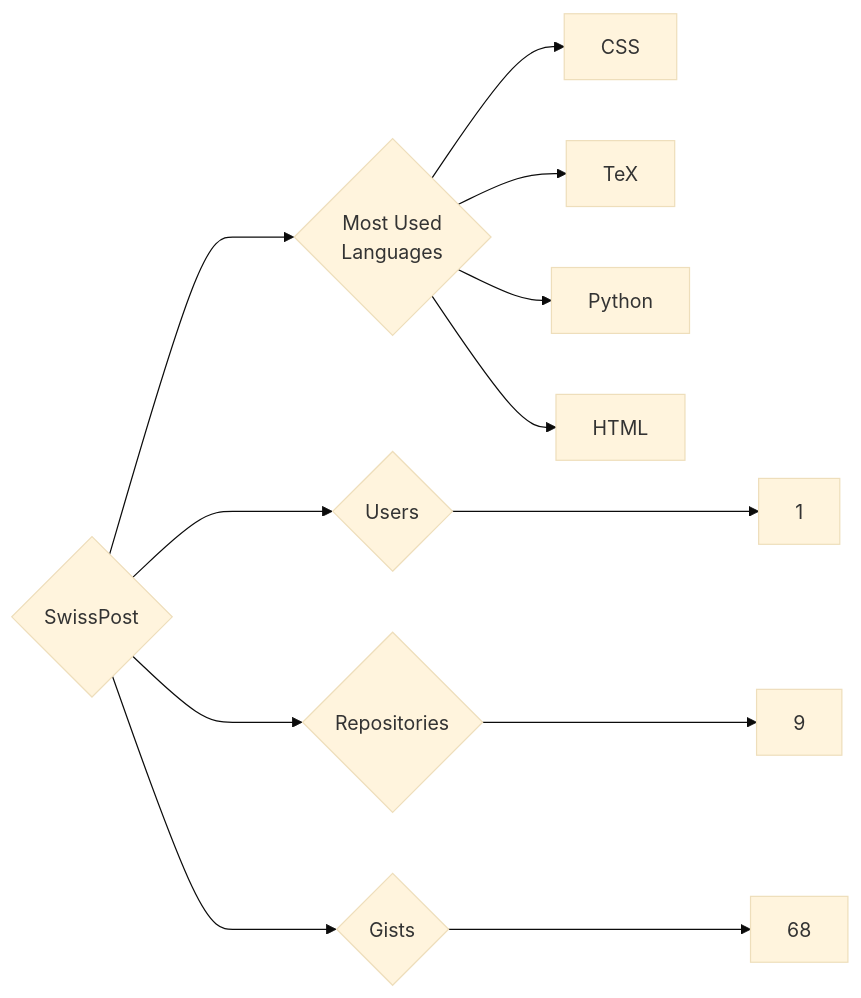
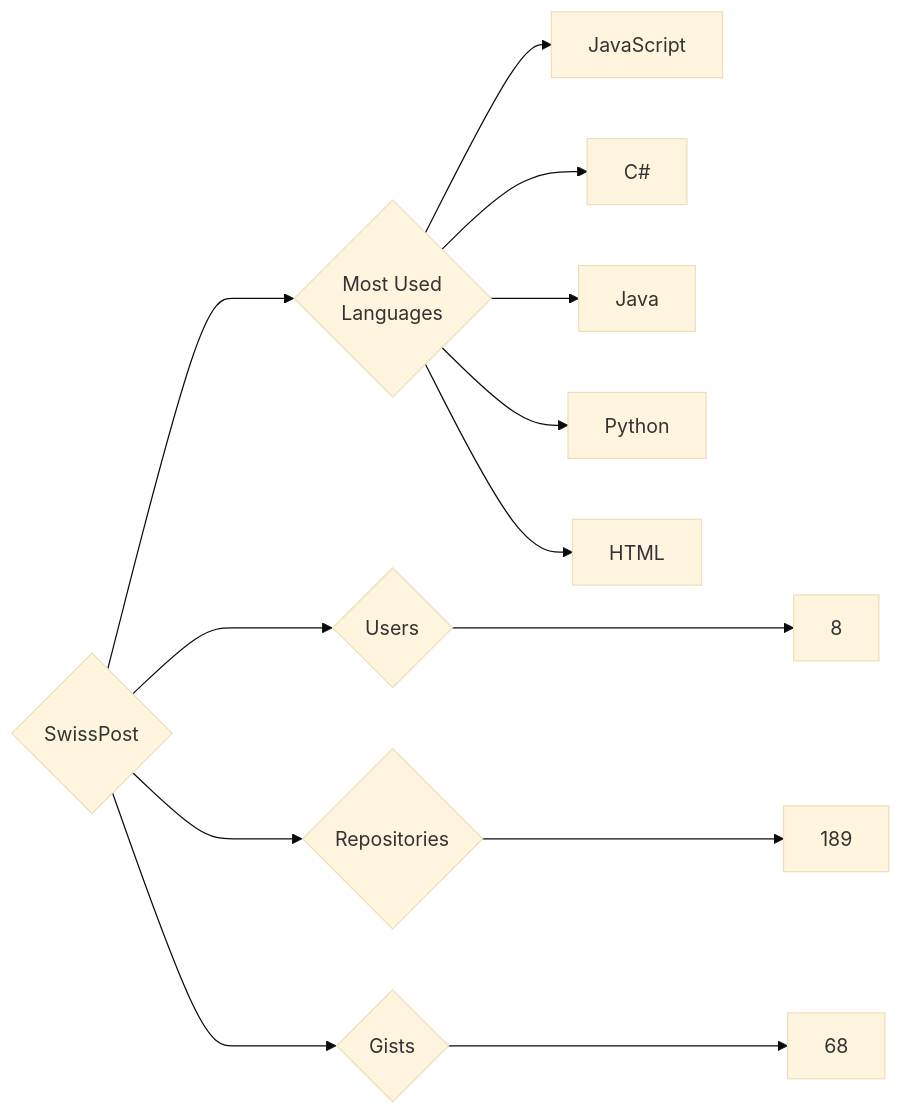
The diagram in targets/SwissPost/README.md (trickest/insiders), drawn with Mermaid (base theme) before and after one commit. The commit also changed 796 other files, not shown here.

````diff
--- a/targets/SwissPost/README.md
+++ b/targets/SwissPost/README.md
@@ -3,12 +3,13 @@
 ```mermaid
 graph LR
 COMPANY_NAME{SwissPost}
-COMPANY_NAME ---> U{Users} ---> UN[1]
-COMPANY_NAME ---> R{Repositories} ---> RN[9]
+COMPANY_NAME ---> U{Users} ---> UN[8]
+COMPANY_NAME ---> R{Repositories} ---> RN[189]
 COMPANY_NAME ---> G{Gists} ---> GN[68]
 COMPANY_NAME ---> ML{Most Used<br>Languages}
-ML --> CSS[CSS]
-ML --> TeX[TeX]
+ML --> JavaScript[JavaScript]
+ML --> C#[C#]
+ML --> Java[Java]
 ML --> Python[Python]
 ML --> HTML[HTML]
 ```
````
